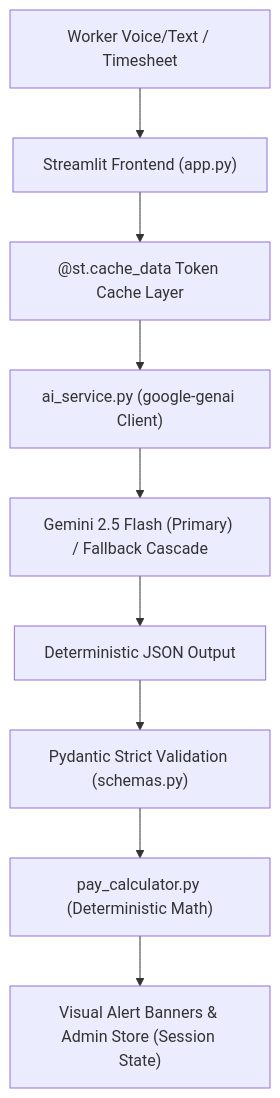
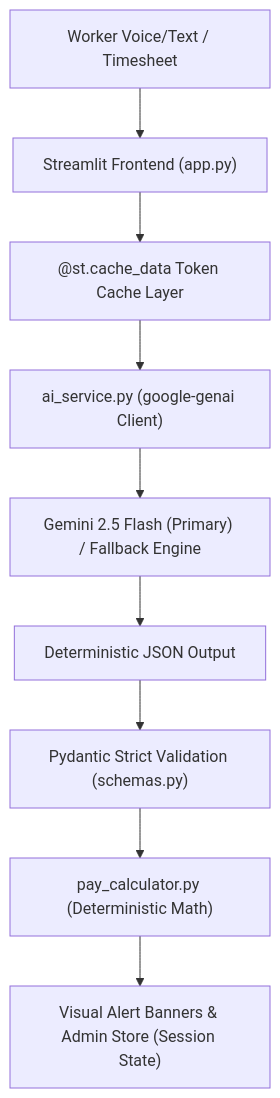
Before and after one commit to Tamilselvan-ats/FairShift: the diagram in README.md, drawn with Mermaid. The commit also changed other lines of this file and 9 other files, not shown here.

````diff
--- a/README.md
+++ b/README.md
@@ -66,11 +67,11 @@
 ```mermaid
 flowchart TD
     A["Worker Voice/Text / Timesheet"] --> B["Streamlit Frontend (app.py)"]
     B --> C["@st.cache_data Token Cache Layer"]
     C --> D["ai_service.py (google-genai Client)"]
-    D --> E["Gemini 2.5 Flash (Primary) / Fallback Cascade"]
+    D --> E["Gemini 2.5 Flash (Primary) / Fallback Engine"]
     E --> F["Deterministic JSON Output"]
     F --> G["Pydantic Strict Validation (schemas.py)"]
     G --> H["pay_calculator.py (Deterministic Math)"]
     H --> I["Visual Alert Banners & Admin Store (Session State)"]
 ```
````
